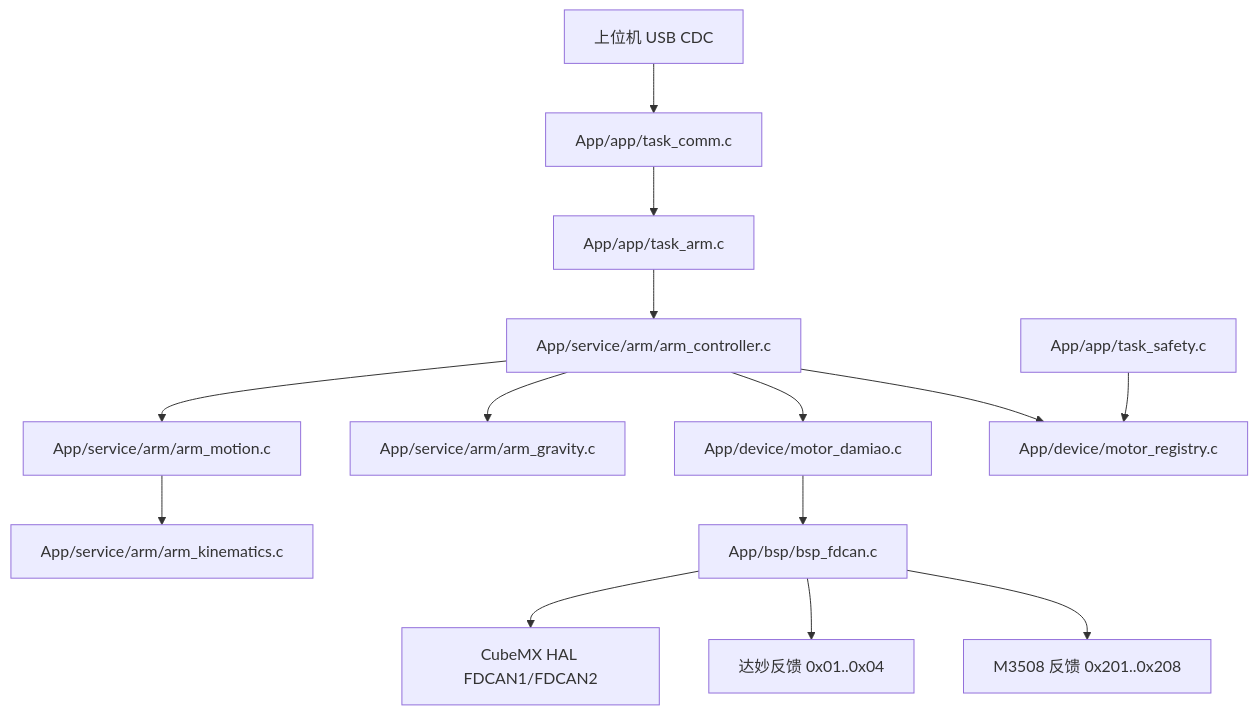
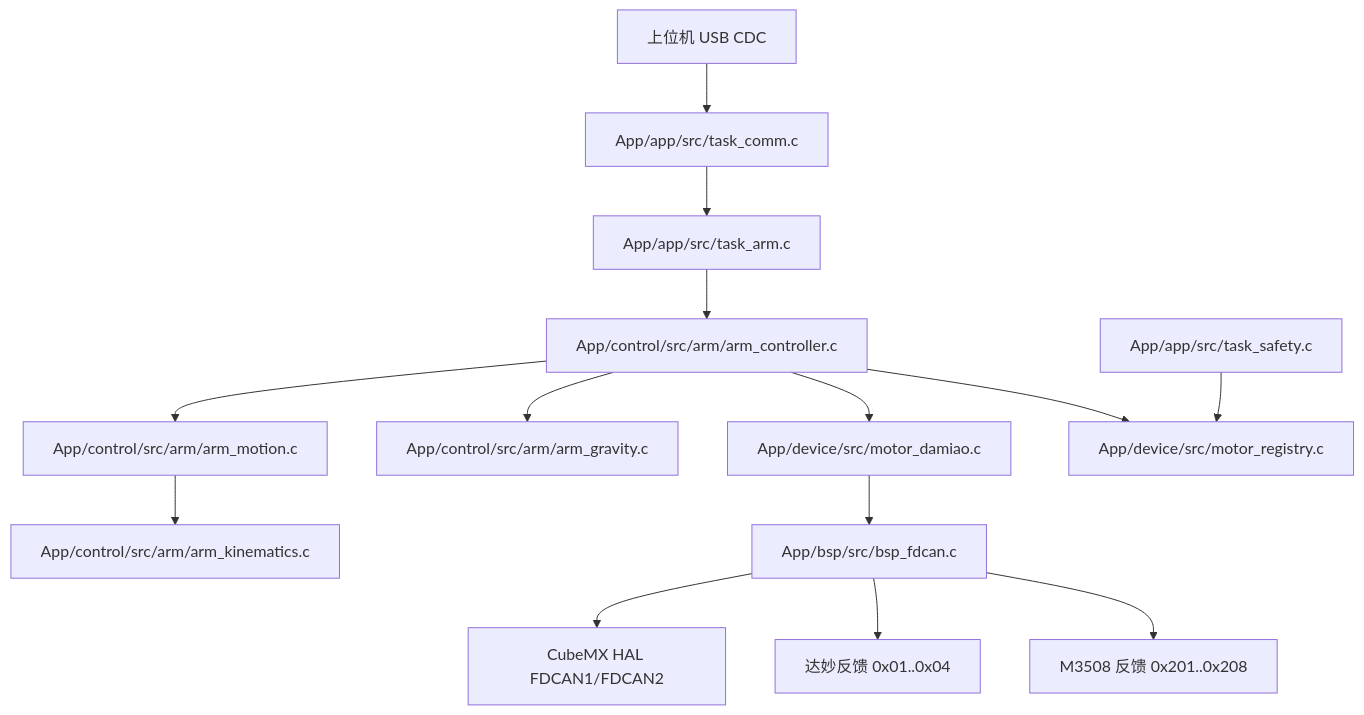
One commit to perfectYYY/FengMH changed the diagram in docs/DAMIAO_ARM_PORTING_DESIGN.md. Above: the diagram before and after it, drawn with Mermaid. The commit also changed other lines of this file and 88 other files, not shown here.

````diff
--- a/docs/DAMIAO_ARM_PORTING_DESIGN.md
+++ b/docs/DAMIAO_ARM_PORTING_DESIGN.md
@@ -81,16 +83,16 @@
 ```mermaid
 flowchart TD
-    PC["上位机 USB CDC"] --> COMM["App/app/task_comm.c"]
-    COMM --> ARM_TASK["App/app/task_arm.c"]
-    ARM_TASK --> ARM_CTRL["App/service/arm/arm_controller.c"]
-    ARM_CTRL --> ARM_MOTION["App/service/arm/arm_motion.c"]
-    ARM_MOTION --> ARM_KIN["App/service/arm/arm_kinematics.c"]
-    ARM_CTRL --> ARM_GRAV["App/service/arm/arm_gravity.c"]
-    ARM_CTRL --> DAMIAO["App/device/motor_damiao.c"]
-    DAMIAO --> FDCAN["App/bsp/bsp_fdcan.c"]
+    PC["上位机 USB CDC"] --> COMM["App/app/src/task_comm.c"]
+    COMM --> ARM_TASK["App/app/src/task_arm.c"]
+    ARM_TASK --> ARM_CTRL["App/control/src/arm/arm_controller.c"]
+    ARM_CTRL --> ARM_MOTION["App/control/src/arm/arm_motion.c"]
+    ARM_MOTION --> ARM_KIN["App/control/src/arm/arm_kinematics.c"]
+    ARM_CTRL --> ARM_GRAV["App/control/src/arm/arm_gravity.c"]
+    ARM_CTRL --> DAMIAO["App/device/src/motor_damiao.c"]
+    DAMIAO --> FDCAN["App/bsp/src/bsp_fdcan.c"]
     FDCAN --> HAL["CubeMX HAL FDCAN1/FDCAN2"]
     FDCAN --> DAMIAO_RX["达妙反馈 0x01..0x04"]
     FDCAN --> M3508_RX["M3508 反馈 0x201..0x208"]
-    ARM_CTRL --> REG["App/device/motor_registry.c"]
-    SAFETY["App/app/task_safety.c"] --> REG
+    ARM_CTRL --> REG["App/device/src/motor_registry.c"]
+    SAFETY["App/app/src/task_safety.c"] --> REG
 ```
````
